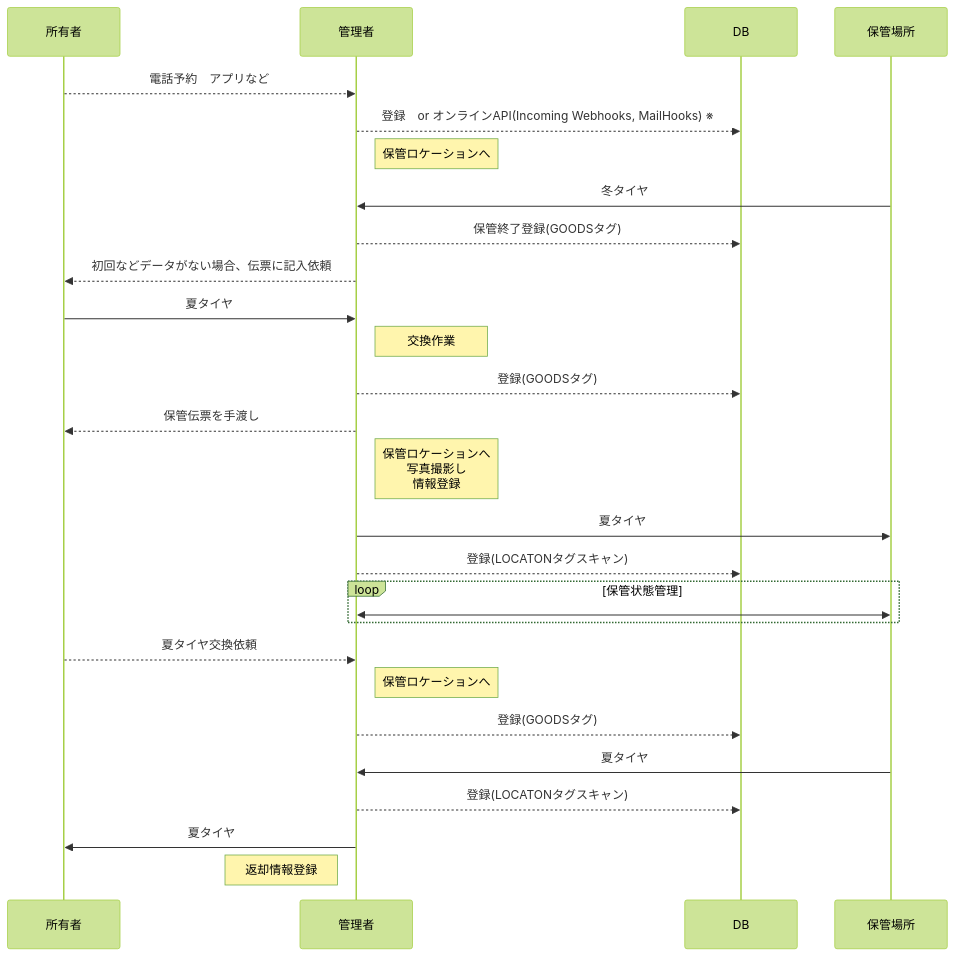
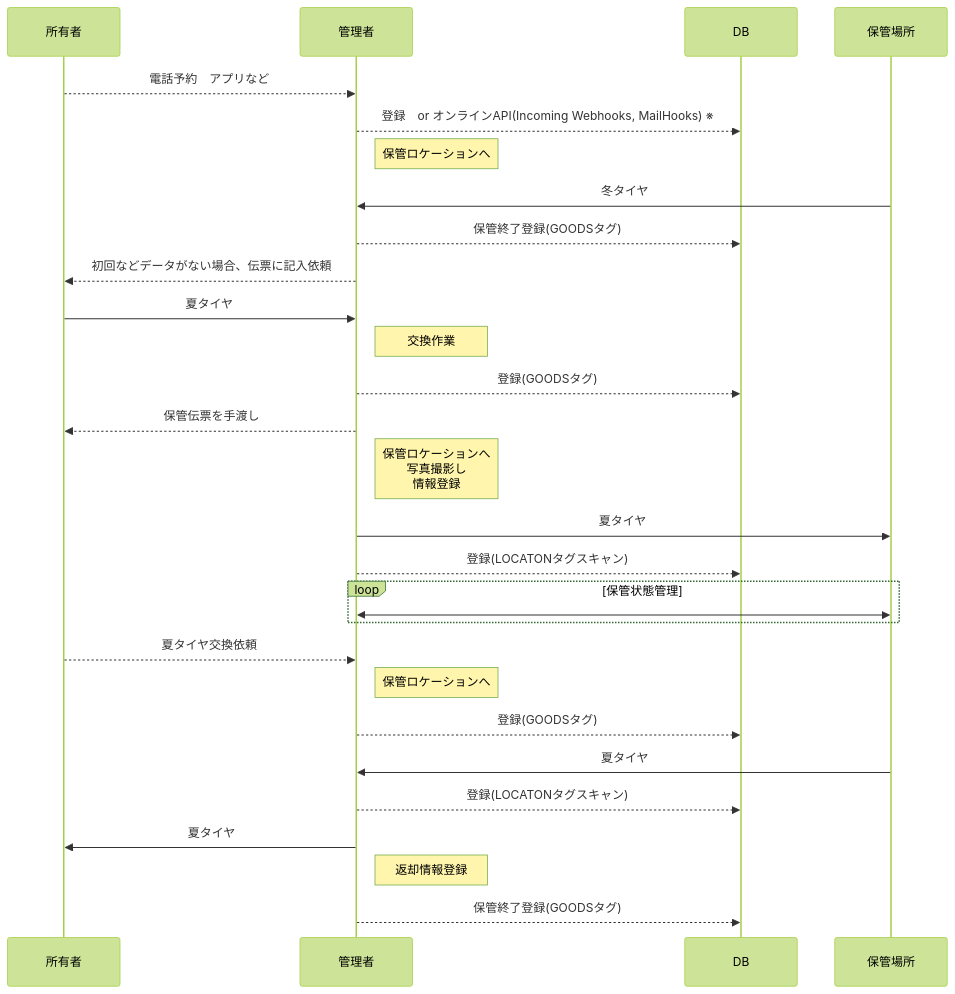
The first of 2 diagrams in README.md (piot-jp-Team/goods_storage), drawn with Mermaid (forest theme) before and after one commit.

````diff
--- a/README.md
+++ b/README.md
@@ -11,29 +11,30 @@
 ```mermaid
 sequenceDiagram
     participant 所有者
     participant 管理者
     participant DB
     所有者-->>管理者: 電話予約　アプリなど
     管理者-->>DB: 登録　or オンラインAPI(Incoming Webhooks, MailHooks) ※
     Note right of 管理者: 保管ロケーションへ
     保管場所->>管理者: 冬タイヤ
     管理者-->>DB: 保管終了登録(GOODSタグ)
     管理者-->>所有者: 初回などデータがない場合、伝票に記入依頼
     所有者->>管理者: 夏タイヤ
     Note right of 管理者: 交換作業
     管理者-->>DB: 登録(GOODSタグ)
     管理者-->>所有者: 保管伝票を手渡し
     Note right of 管理者: 保管ロケーションへ <br/>写真撮影し <br/>情報登録
     管理者->>保管場所: 夏タイヤ
     管理者-->>DB: 登録(LOCATONタグスキャン)
     loop 保管状態管理
         管理者<<->>保管場所: 
     end
     所有者-->>管理者: 夏タイヤ交換依頼
     Note right of 管理者: 保管ロケーションへ
     管理者-->>DB: 登録(GOODSタグ)
     保管場所->>管理者: 夏タイヤ
     管理者-->>DB: 登録(LOCATONタグスキャン)
     管理者->>所有者: 夏タイヤ
-    Note left of 管理者: 返却情報登録
+    Note right of 管理者: 返却情報登録
+    管理者-->>DB: 保管終了登録(GOODSタグ)
 ```
````
